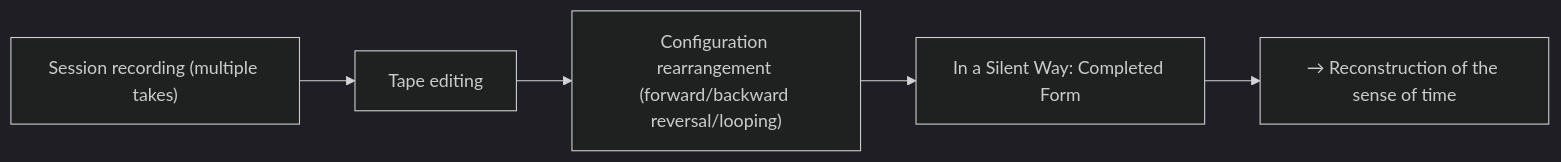
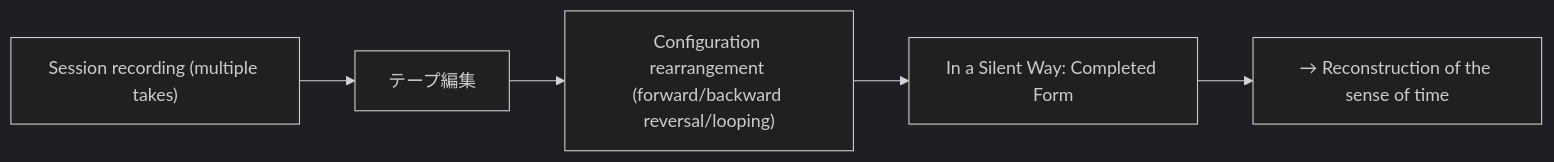
The first of 12 diagrams in en/_posts/2025-10-28-column-macero-miles.md (monumental-movement/monumental-movement.github.io), drawn with Mermaid (dark theme) before and after one commit. The commit also changed other lines of this file and 1012 other files, not shown here.

```diff
--- a/en/_posts/2025-10-28-column-macero-miles.md
+++ b/en/_posts/2025-10-28-column-macero-miles.md
@@ -67,10 +67,10 @@
 <div class="mermaid">
 
 flowchart LR
-    A["Session recording (multiple takes)"] --> B["Tape editing"]
+    A["Session recording (multiple takes)"] --> B["テープ編集"]
     B --> C["Configuration rearrangement (forward/backward reversal/looping)"]
     C --> D["In a Silent Way: Completed Form"]
     D --> E["→ Reconstruction of the sense of time"]
 
 
 </div>
```
